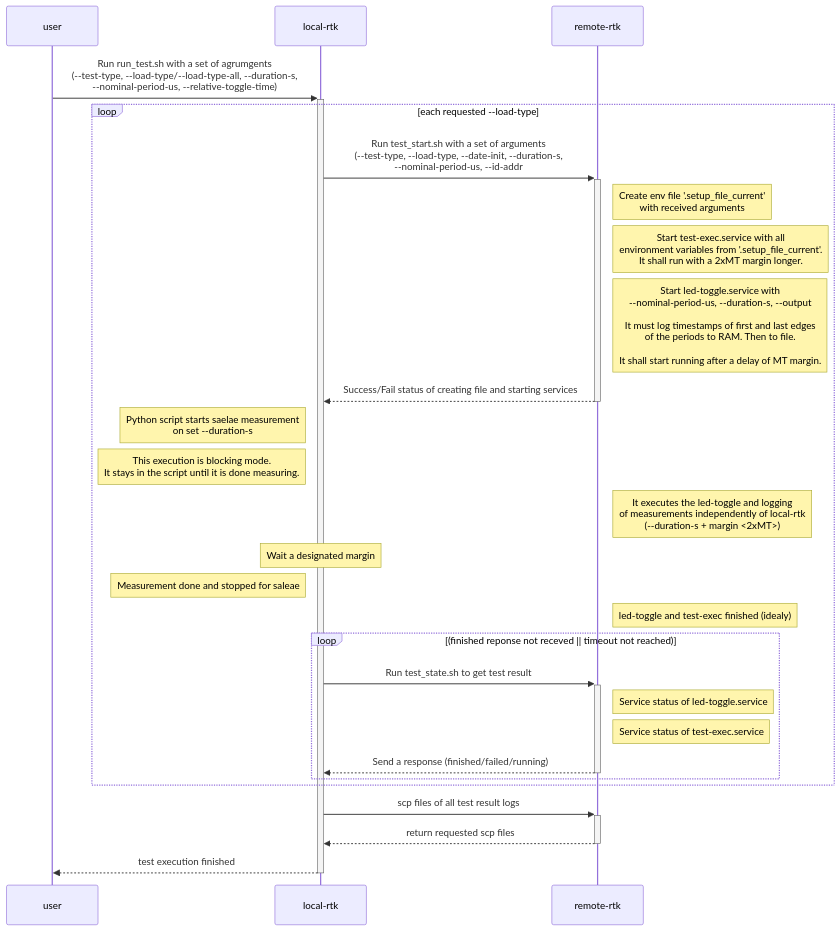
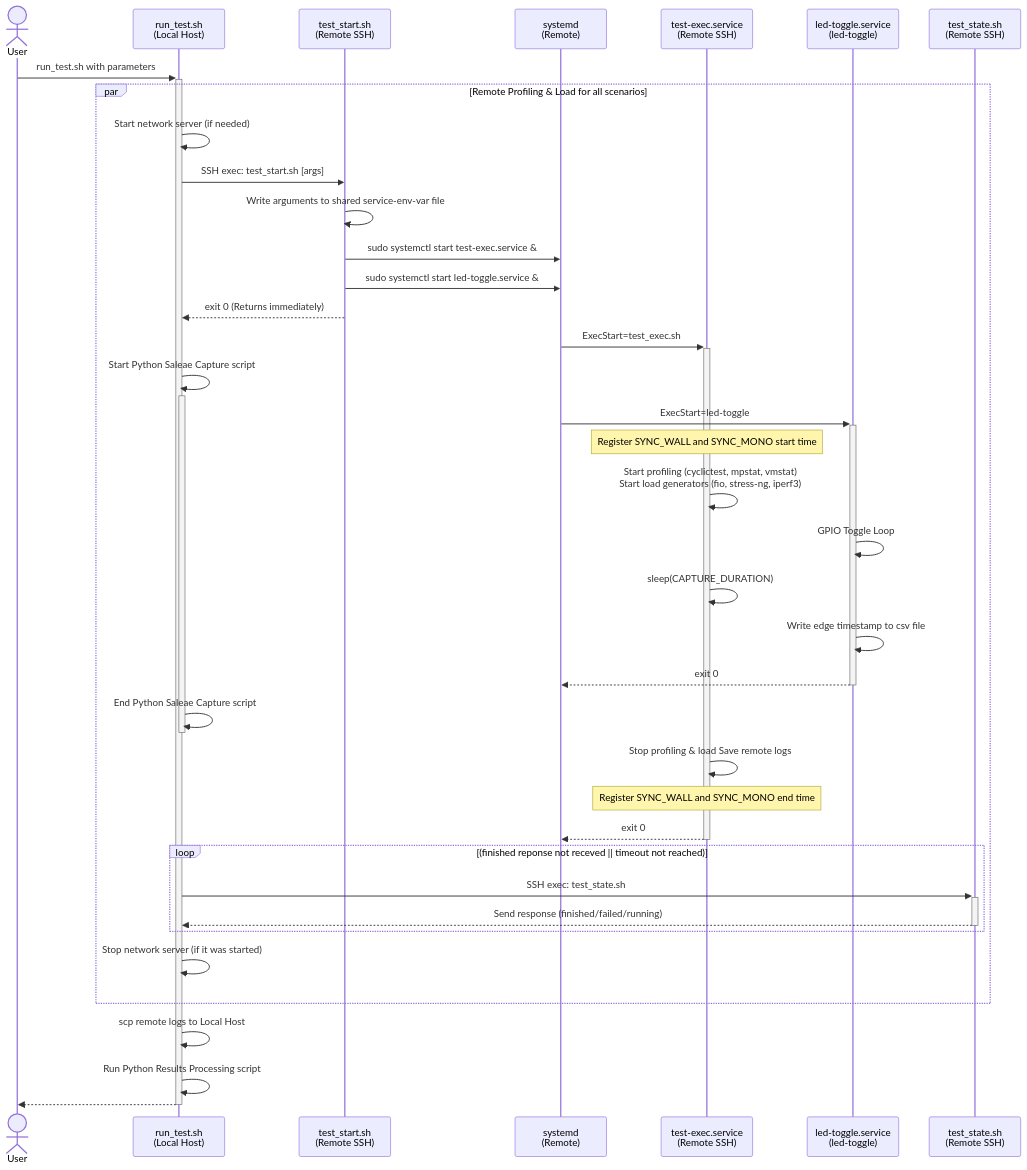
The first of 3 diagrams in README.md (nickdante8/rt-kernel), drawn with Mermaid before and after one commit. The commit also changed 12 other files, not shown here.

Commit message:
Sequenece and flow diagrams in mermaid.  Small plot improvement due to a missing interrupt. Documentation update. Helping script made to extract Saleae data for the final report

````diff
--- a/README.md
+++ b/README.md
@@ -119,26 +119,52 @@
 ```mermaid
 sequenceDiagram
-  user->>+local-rtk: Run run_test.sh with a set of agrumgents<br>(--test-type, --load-type/--load-type-all, --duration-s,<br>--nominal-period-us, --relative-toggle-time)
-  loop each requested --load-type
-    local-rtk->>+remote-rtk: Run test_start.sh with a set of arguments<br>(--test-type, --load-type, --date-init, --duration-s,<br>--nominal-period-us, --id-addr
-    Note right of remote-rtk: Create env file '.setup_file_current'<br>with received arguments
-    Note right of remote-rtk: Start test-exec.service with all<br>environment variables from '.setup_file_current'.<br>It shall run with a 2xMT margin longer.
-    Note right of remote-rtk: Start led-toggle.service with<br>--nominal-period-us, --duration-s, --output<br><br>It must log timestamps of first and last edges<br>of the periods to RAM. Then to file.<br><br>It shall start running after a delay of MT margin.
-    remote-rtk-->>-local-rtk: Success/Fail status of creating file and starting services
-    Note left of local-rtk: Python script starts saelae measurement<br>on set --duration-s
-    Note left of local-rtk: This execution is blocking mode.<br>It stays in the script until it is done measuring.
-    Note right of remote-rtk: It executes the led-toggle and logging<br>of measurements independently of local-rtk<br>(--duration-s + margin <2xMT>)
-    Note over local-rtk: Wait a designated margin
-    Note left of local-rtk: Measurement done and stopped for saleae
-    Note right of remote-rtk: led-toggle and test-exec finished (idealy)
-    loop (finished reponse not receved || timeout not reached)
-      local-rtk->>+remote-rtk: Run test_state.sh to get test result
-      Note right of remote-rtk: Service status of led-toggle.service
-      Note right of remote-rtk: Service status of test-exec.service
-      remote-rtk-->>-local-rtk: Send a response (finished/failed/running)
+    actor User
+    participant Local as run_test.sh<br/>(Local Host)
+    participant SSHStart as test_start.sh<br/>(Remote SSH)
+    participant SystemD as systemd<br/>(Remote)
+    participant TestExec as test-exec.service<br/>(Remote SSH)
+    participant LedToggle as led-toggle.service<br/>(led-toggle)
+    participant SSHState as test_state.sh<br/>(Remote SSH)
+
+    User ->>+ Local: run_test.sh with parameters
+    %% Parallel execution phase
+    par Remote Profiling & Load for all scenarios
+        %% in case of iperf3 usage
+        Local->>Local: Start network server (if needed)
+        %% Start the remote execution (Headless hand-off)
+        Local->>SSHStart: SSH exec: test_start.sh [args]
+        SSHStart->>SSHStart: Write arguments to shared service-env-var file
+        SSHStart->>SystemD: sudo systemctl start test-exec.service &
+        SSHStart->>SystemD: sudo systemctl start led-toggle.service &
+        SSHStart-->>Local: exit 0 (Returns immediately)
+
+        SystemD->>+TestExec: ExecStart=test_exec.sh
+        Local->>+Local: Start Python Saleae Capture script
+        SystemD->>+LedToggle: ExecStart=led-toggle
+        Note over TestExec: Register SYNC_WALL and SYNC_MONO start time
+        TestExec->>TestExec: Start profiling (cyclictest, mpstat, vmstat)<br/>Start load generators (fio, stress-ng, iperf3)
+        LedToggle->>LedToggle: GPIO Toggle Loop
+        TestExec->>TestExec: sleep(CAPTURE_DURATION)
+        LedToggle->>LedToggle: Write edge timestamp to csv file
+        LedToggle-->>-SystemD: exit 0
+        Local->>-Local: End Python Saleae Capture script
+        TestExec->>TestExec: Stop profiling & load Save remote logs
+        Note over TestExec: Register SYNC_WALL and SYNC_MONO end time
+        TestExec-->>-SystemD: exit 0
+        
+        loop (finished reponse not receved || timeout not reached)
+            %% Synchronization phase
+            Local->>+SSHState: SSH exec: test_state.sh
+            SSHState-->>-Local: Send response (finished/failed/running)
+        end
+
+        %% in case of iperf3 usage
+        Local->>Local: Stop network server (if it was started)
     end
-  end
-  local-rtk->>+remote-rtk: scp files of all test result logs
-  remote-rtk-->>-local-rtk: return requested scp files
-  local-rtk-->>-user: test execution finished
+    
+    %% Data collection
+    Local->>Local: scp remote logs to Local Host
+    Local->>Local: Run Python Results Processing script
+
+    Local -->>- User: 
 ```
````
